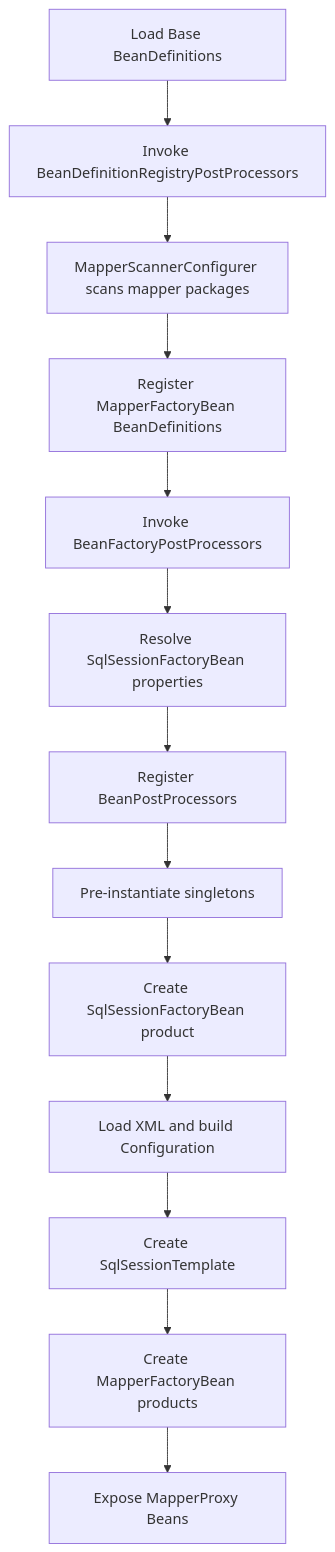
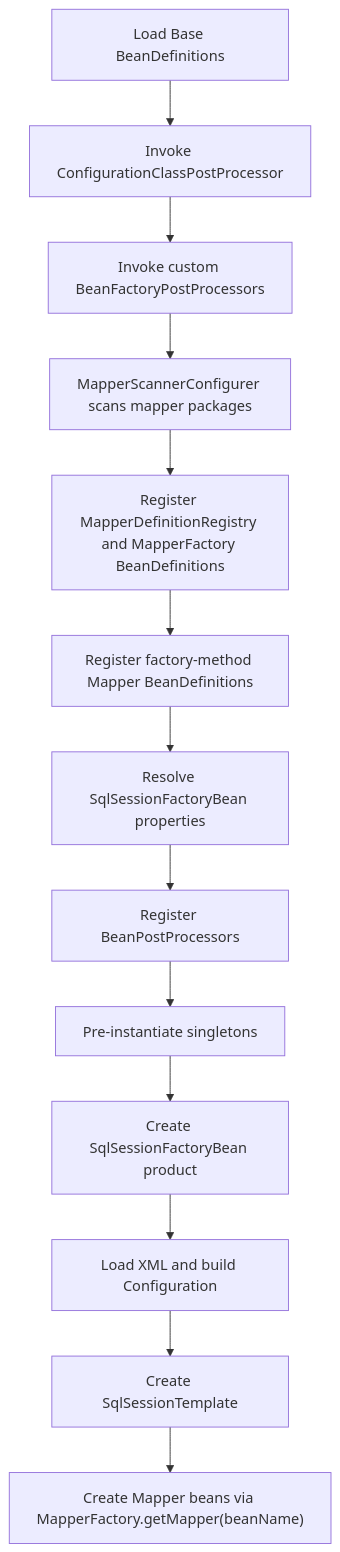
The second of 6 diagrams in docs/integration-mybatis-spring.md (Jianing-Xu/mini-mybatis), drawn with Mermaid before and after one commit. The commit also changed other lines of this file and 2 other files, not shown here.

````diff
--- a/docs/integration-mybatis-spring.md
+++ b/docs/integration-mybatis-spring.md
@@ -349,15 +392,15 @@
 ```mermaid
 flowchart TD
-    rf1["Load Base BeanDefinitions"] --> rf2["Invoke BeanDefinitionRegistryPostProcessors"]
-    rf2 --> rf3["MapperScannerConfigurer scans mapper packages"]
-    rf3 --> rf4["Register MapperFactoryBean BeanDefinitions"]
-    rf4 --> rf5["Invoke BeanFactoryPostProcessors"]
-    rf5 --> rf6["Resolve SqlSessionFactoryBean properties"]
-    rf6 --> rf7["Register BeanPostProcessors"]
-    rf7 --> rf8["Pre-instantiate singletons"]
-    rf8 --> rf9["Create SqlSessionFactoryBean product"]
-    rf9 --> rf10["Load XML and build Configuration"]
-    rf10 --> rf11["Create SqlSessionTemplate"]
-    rf11 --> rf12["Create MapperFactoryBean products"]
-    rf12 --> rf13["Expose MapperProxy Beans"]
+    rf1["Load Base BeanDefinitions"] --> rf2["Invoke ConfigurationClassPostProcessor"]
+    rf2 --> rf3["Invoke custom BeanFactoryPostProcessors"]
+    rf3 --> rf4["MapperScannerConfigurer scans mapper packages"]
+    rf4 --> rf5["Register MapperDefinitionRegistry and MapperFactory BeanDefinitions"]
+    rf5 --> rf6["Register factory-method Mapper BeanDefinitions"]
+    rf6 --> rf7["Resolve SqlSessionFactoryBean properties"]
+    rf7 --> rf8["Register BeanPostProcessors"]
+    rf8 --> rf9["Pre-instantiate singletons"]
+    rf9 --> rf10["Create SqlSessionFactoryBean product"]
+    rf10 --> rf11["Load XML and build Configuration"]
+    rf11 --> rf12["Create SqlSessionTemplate"]
+    rf12 --> rf13["Create Mapper beans via MapperFactory.getMapper(beanName)"]
 ```
````
